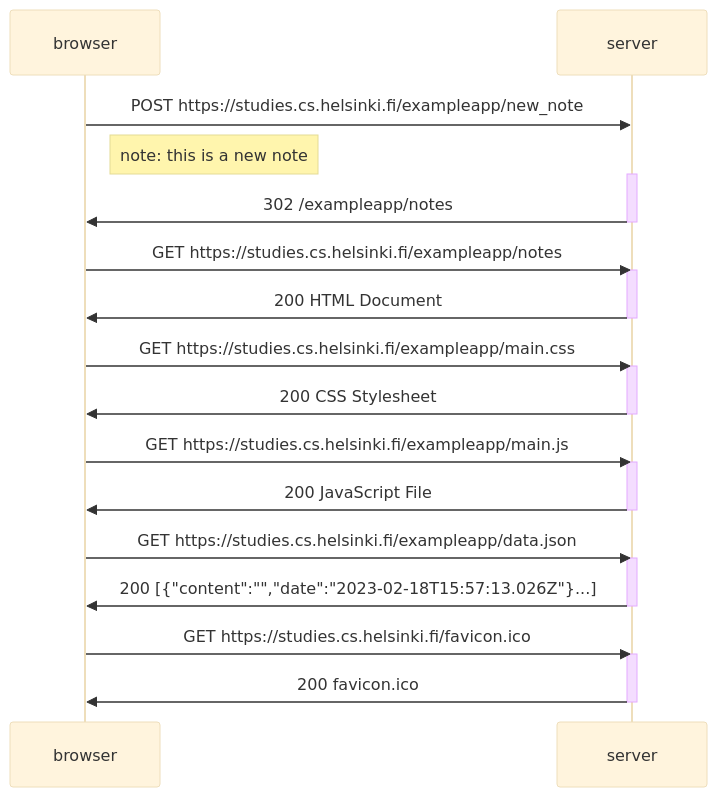
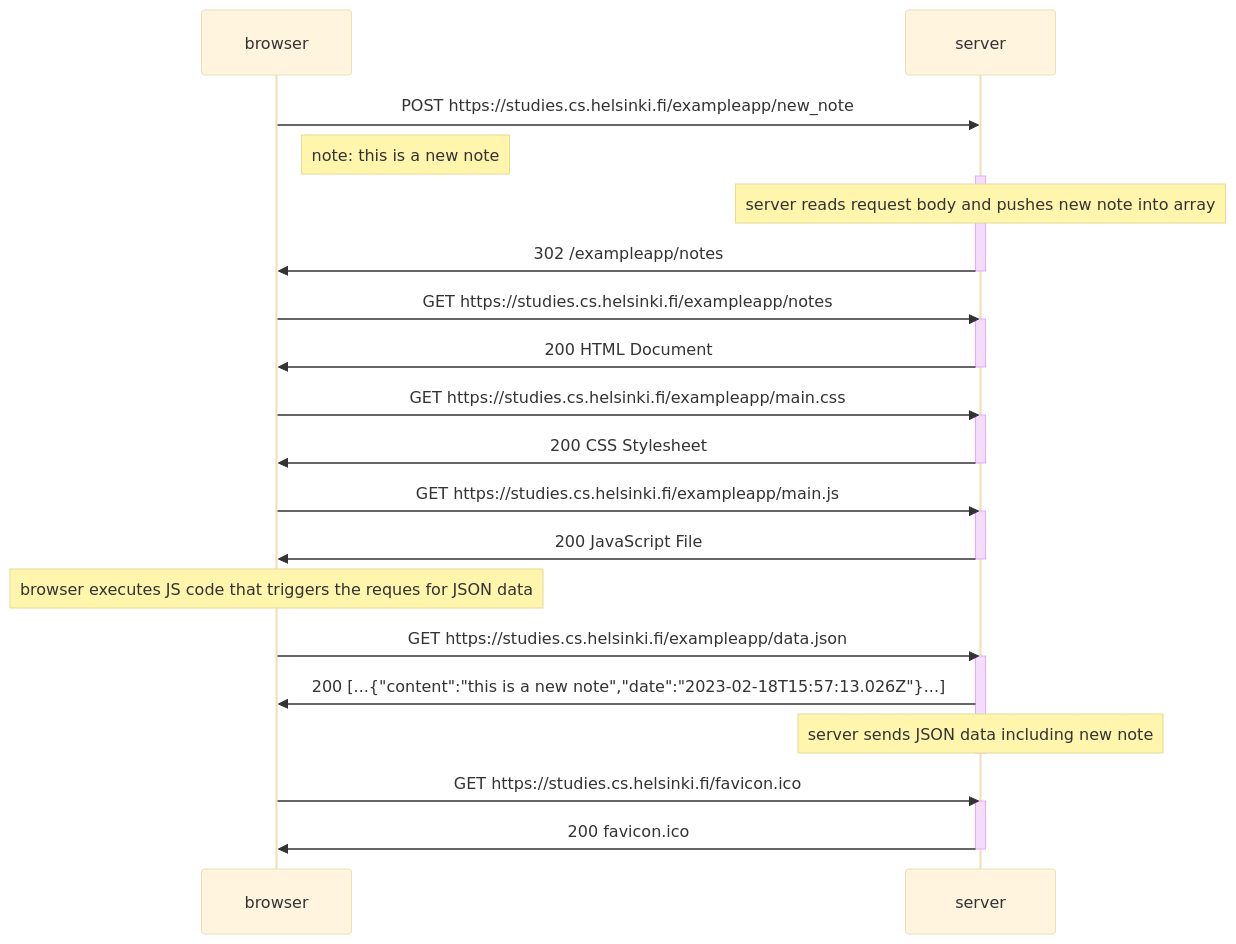
Before and after one commit to flealc/fullstackopen-submissions: the diagram in part0/0.4.md, drawn with Mermaid (base theme). The commit also changed other lines of this file, not shown here.

Commit message:
add updated mermaid diagram for exercise 0.4

````diff
--- a/part0/0.4.md
+++ b/part0/0.4.md
@@ -2,31 +2,34 @@
 ```mermaid
 sequenceDiagram
     participant browser
     participant server
     
     browser->>server: POST https://studies.cs.helsinki.fi/exampleapp/new_note
     Note right of browser: note: this is a new note
     activate server
+    Note over server: server reads request body and pushes new note into array
     server->>browser: 302 /exampleapp/notes
     deactivate server
     browser->>server: GET https://studies.cs.helsinki.fi/exampleapp/notes
     activate server
     server->>browser: 200 HTML Document
     deactivate server
     browser->> server: GET https://studies.cs.helsinki.fi/exampleapp/main.css
     activate server
     server->>browser: 200 CSS Stylesheet
     deactivate server
     browser->>server: GET https://studies.cs.helsinki.fi/exampleapp/main.js
     activate server
     server->>browser: 200 JavaScript File
     deactivate server
+    Note over browser: browser executes JS code that triggers the reques for JSON data
     browser->>server: GET https://studies.cs.helsinki.fi/exampleapp/data.json
     activate server
-    server->>browser: 200 [{"content":"","date":"2023-02-18T15:57:13.026Z"}...]
+    server->>browser: 200 [...{"content":"this is a new note","date":"2023-02-18T15:57:13.026Z"}...]
+    Note over server: server sends JSON data including new note
     deactivate server
     browser->>server: GET https://studies.cs.helsinki.fi/favicon.ico
     activate server
     server->>browser: 200 favicon.ico 
     deactivate server
 ```
````
